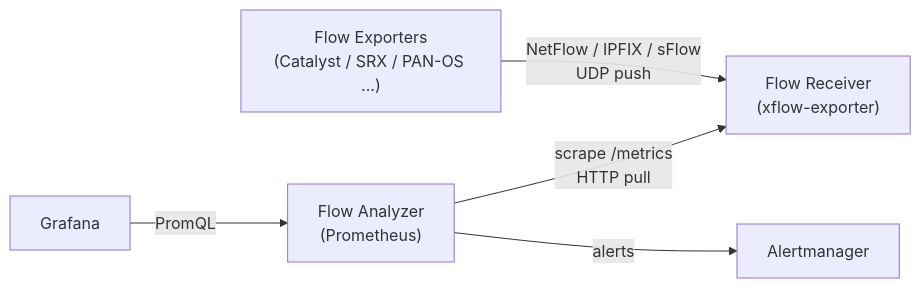
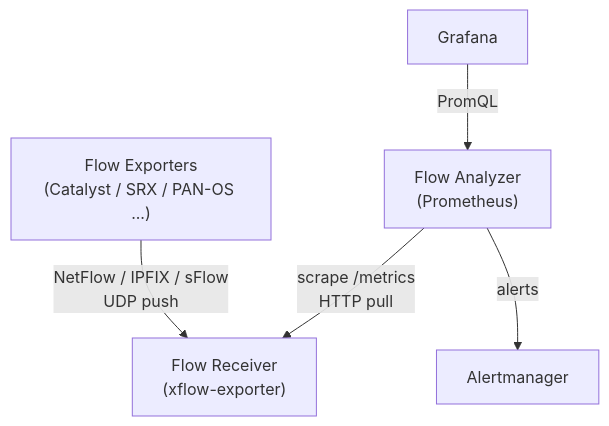
Before and after one commit to umatare5/xflow-exporter: the diagram in README.md, drawn with Mermaid. The commit also changed other lines of this file and 62 other files, not shown here.

````diff
--- a/README.md
+++ b/README.md
@@ -25,13 +25,13 @@
 ```mermaid
-flowchart LR
+flowchart TB
     FE["Flow Exporters<br>(Catalyst / SRX / PAN-OS ...)"]
     XF["Flow Receiver<br>(xflow-exporter)"]
     PROM["Flow Analyzer<br>(Prometheus)"]
     AM["Alertmanager"]
     GF["Grafana"]
 
     FE -- "NetFlow / IPFIX / sFlow<br>UDP push" --> XF
     PROM -- "scrape /metrics<br>HTTP pull" --> XF
     PROM -- "alerts" --> AM
     GF -- "PromQL" --> PROM
 ```
````
